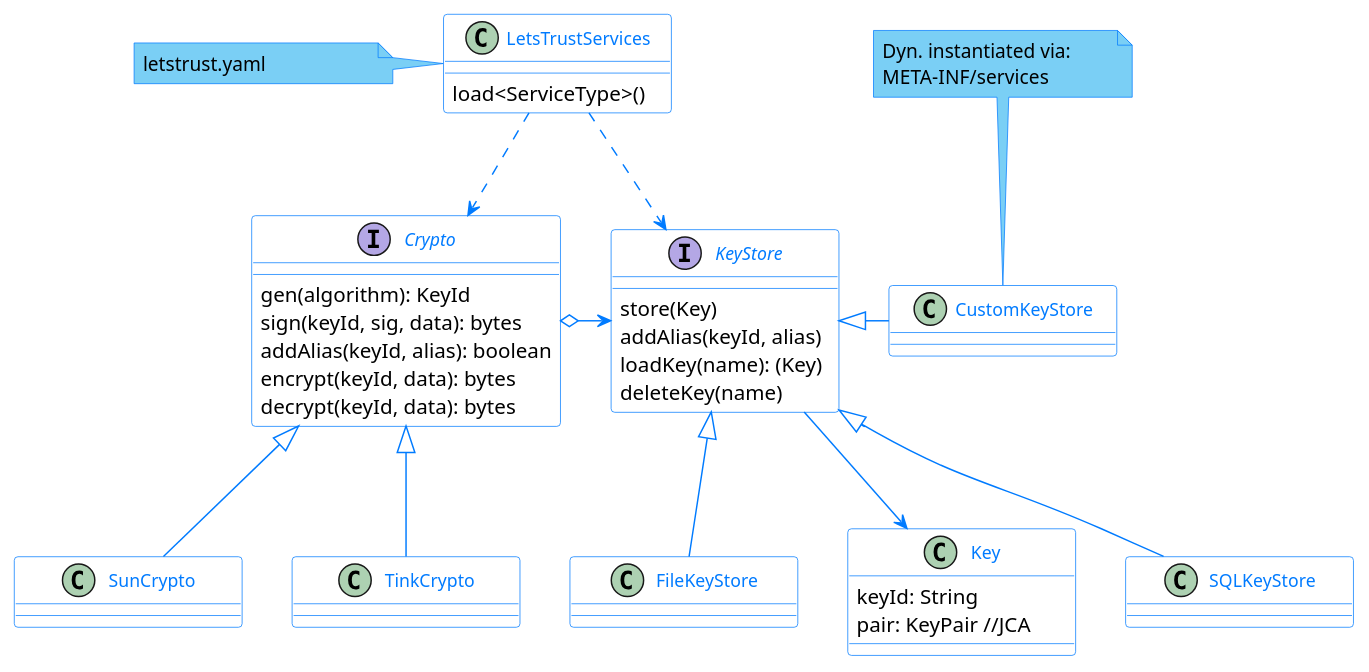
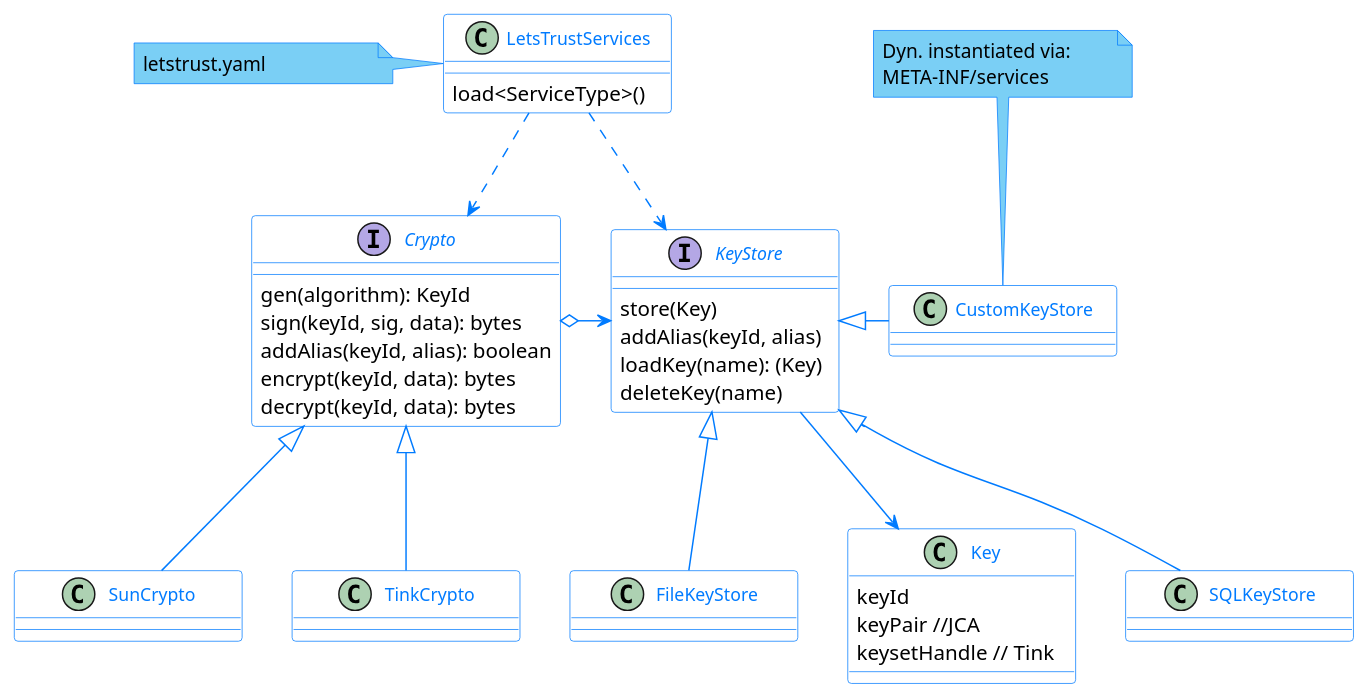
The diagram in docs/architecture-crypto-and-keymanagement.puml (walt-id/waltid-ssikit), drawn with PlantUML before and after one commit. The commit also changed 7 other files, not shown here.

```diff
--- a/docs/architecture-crypto-and-keymanagement.puml
+++ b/docs/architecture-crypto-and-keymanagement.puml
@@ -1,87 +1,88 @@
 @startuml
 'https://plantuml.com/class-diagram
 
 skinparam classFontColor 007BFF
 skinparam classFontSize 12
 skinparam classFontName Aapex
 skinparam backgroundColor white
 skinparam minClassWidth 155
 skinparam nodesep 34
 skinparam ranksep 70
 
 skinparam class {
 BorderColor 007BFF
 ArrowColor 007BFF
 BackgroundColor white
 }
 
 skinparam interface {
 BorderColor 007BFF
 ArrowColor 007BFF
 }
 
 skinparam note {
 BorderColor 007BFF
 BackgroundColor 7ACFF5
 }
 
 note as ConfNote
   letstrust.yaml
 end note
 
 class LetsTrustServices {
 load<ServiceType>()
 }
 
 ConfNote -right- LetsTrustServices
 
 LetsTrustServices ..> Crypto
 LetsTrustServices ..> KeyStore
 
 interface Crypto  {
 gen(algorithm): KeyId
 sign(keyId, sig, data): bytes
 addAlias(keyId, alias): boolean
 encrypt(keyId, data): bytes
 decrypt(keyId, data): bytes
 }
 
 interface KeyStore {
 store(Key)
 addAlias(keyId, alias)
 loadKey(name): (Key)
 deleteKey(name)
 }
 
 class Key {
-keyId: String
-pair: KeyPair //JCA
+keyId
+keyPair //JCA
+keysetHandle // Tink
 }
 
 KeyStore --> Key
 
 class SQLKeyStore  {}
 class FileKeyStore  {}
 class CustomKeyStore  {}
 
 note as CustomKeyStoreNote
   Dyn. instantiated via:
   META-INF/services
 end note
 
 CustomKeyStoreNote --> CustomKeyStore
 
 KeyStore <|-right- CustomKeyStore
 KeyStore <|-- SQLKeyStore
 KeyStore <|-- FileKeyStore
 
 
 Crypto <|-- SunCrypto
 Crypto <|-- TinkCrypto
 
 Crypto o-right-> KeyStore
 
 
 
 
 @enduml
```
